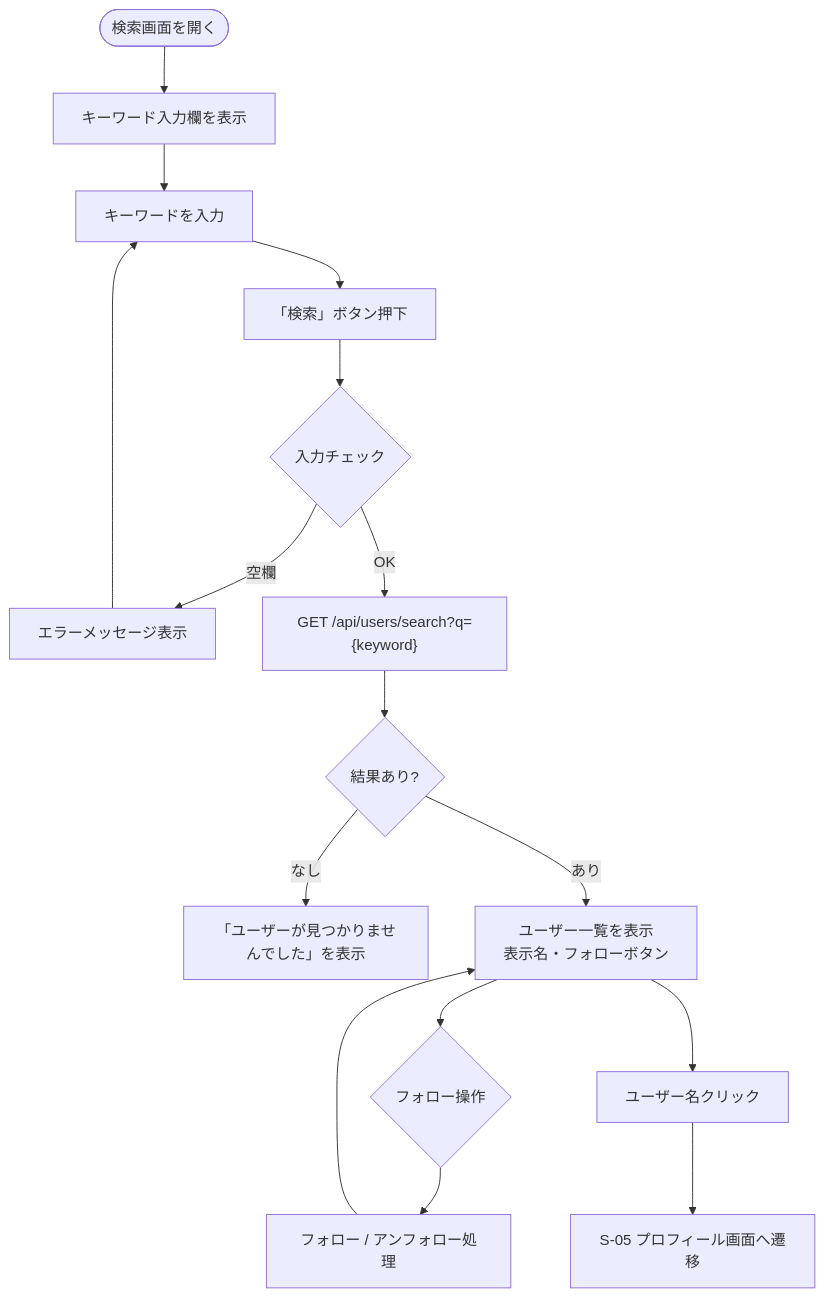
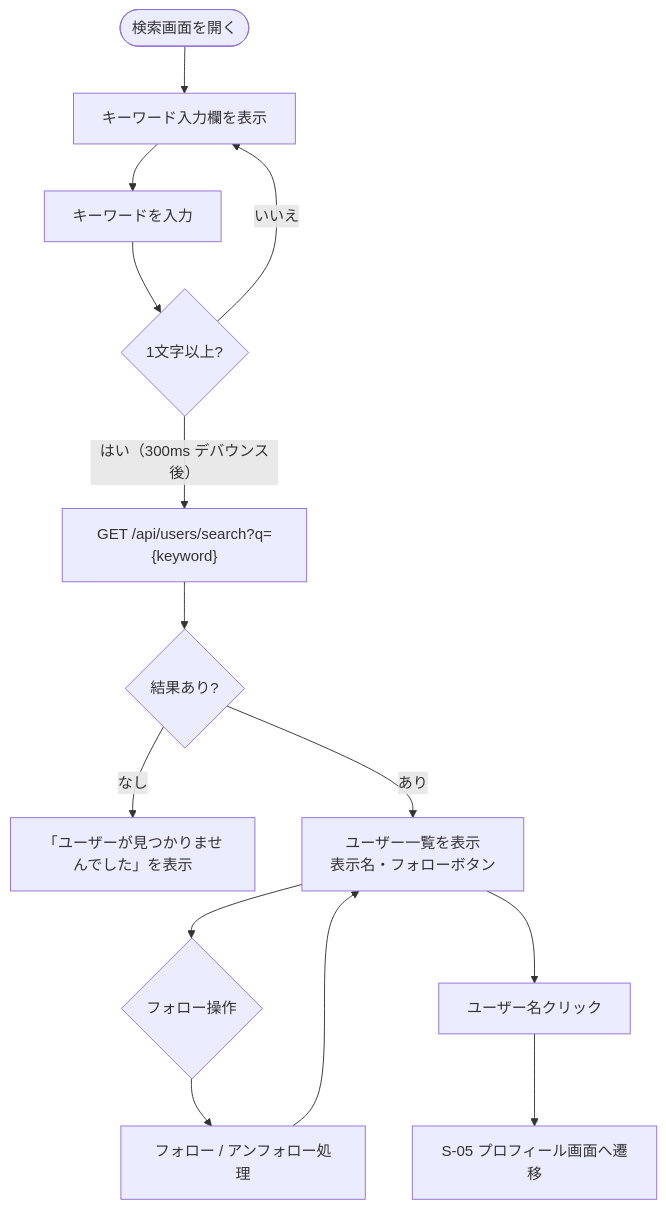
The diagram in docs/details/features/F07_search.md (yamamotonaoki3/RaiseTimeLine), drawn with Mermaid before and after one commit. The commit also changed other lines of this file and 5 other files, not shown here.

````diff
--- a/docs/details/features/F07_search.md
+++ b/docs/details/features/F07_search.md
@@ -25,18 +25,16 @@
 ```mermaid
 flowchart TD
     A([検索画面を開く]) --> B[キーワード入力欄を表示]
     B --> C[キーワードを入力]
-    C --> D[「検索」ボタン押下]
-    D --> E{入力チェック}
-    E -- 空欄 --> F[エラーメッセージ表示]
-    F --> C
-    E -- OK --> G["GET /api/users/search?q={keyword}"]
+    C --> D{1文字以上?}
+    D -- いいえ --> B
+    D -- はい（300ms デバウンス後） --> G["GET /api/users/search?q={keyword}"]
     G --> H{結果あり?}
     H -- なし --> I["「ユーザーが見つかりませんでした」を表示"]
     H -- あり --> J[ユーザー一覧を表示\n表示名・フォローボタン]
     J --> K{フォロー操作}
     K --> L[フォロー / アンフォロー処理]
     L --> J
     J --> M[ユーザー名クリック]
     M --> N[S-05 プロフィール画面へ遷移]
 ```
````
